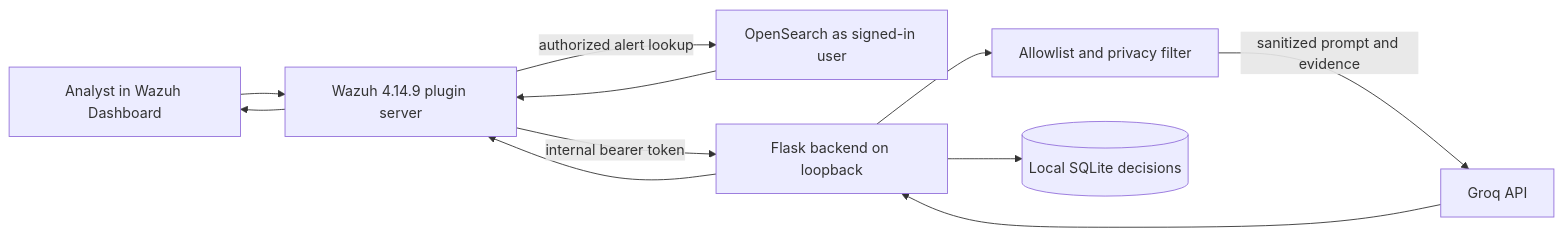
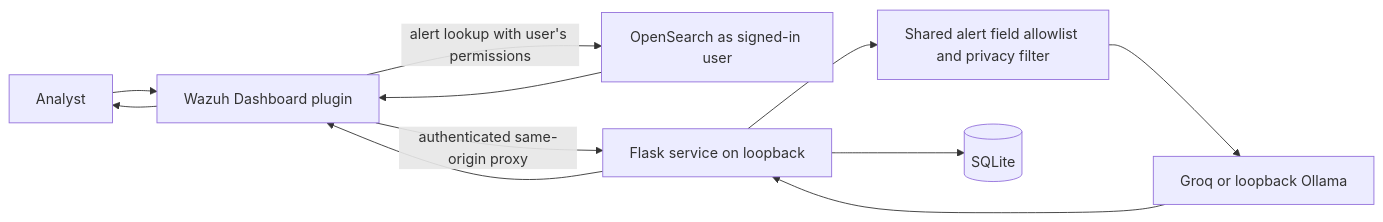
Before and after one commit to Albinthomas2005/AI-SOC-Platform: the diagram in README.md, drawn with Mermaid. The commit also changed other lines of this file and 1 other file, not shown here.

````diff
--- a/README.md
+++ b/README.md
@@ -96,21 +10,21 @@
 ```mermaid
 flowchart LR
-  Analyst[Analyst in Wazuh Dashboard]
-  Plugin[Wazuh 4.14.9 plugin server]
+  Analyst[Analyst]
+  Dashboard[Wazuh Dashboard plugin]
   Search[OpenSearch as signed-in user]
-  Backend[Flask backend on loopback]
-  Filter[Allowlist and privacy filter]
-  Provider[Groq API]
-  DB[(Local SQLite decisions)]
+  Backend[Flask service on loopback]
+  Filter[Shared alert field allowlist and privacy filter]
+  Provider[Groq or loopback Ollama]
+  Database[(SQLite)]
 
-  Analyst --> Plugin
-  Plugin -->|authorized alert lookup| Search
-  Search --> Plugin
-  Plugin -->|internal bearer token| Backend
+  Analyst --> Dashboard
+  Dashboard -->|alert lookup with user's permissions| Search
+  Search --> Dashboard
+  Dashboard -->|authenticated same-origin proxy| Backend
   Backend --> Filter
-  Filter -->|sanitized prompt and evidence| Provider
+  Filter --> Provider
   Provider --> Backend
-  Backend --> DB
-  Backend --> Plugin
-  Plugin --> Analyst
+  Backend --> Database
+  Backend --> Dashboard
+  Dashboard --> Analyst
 ```
````
